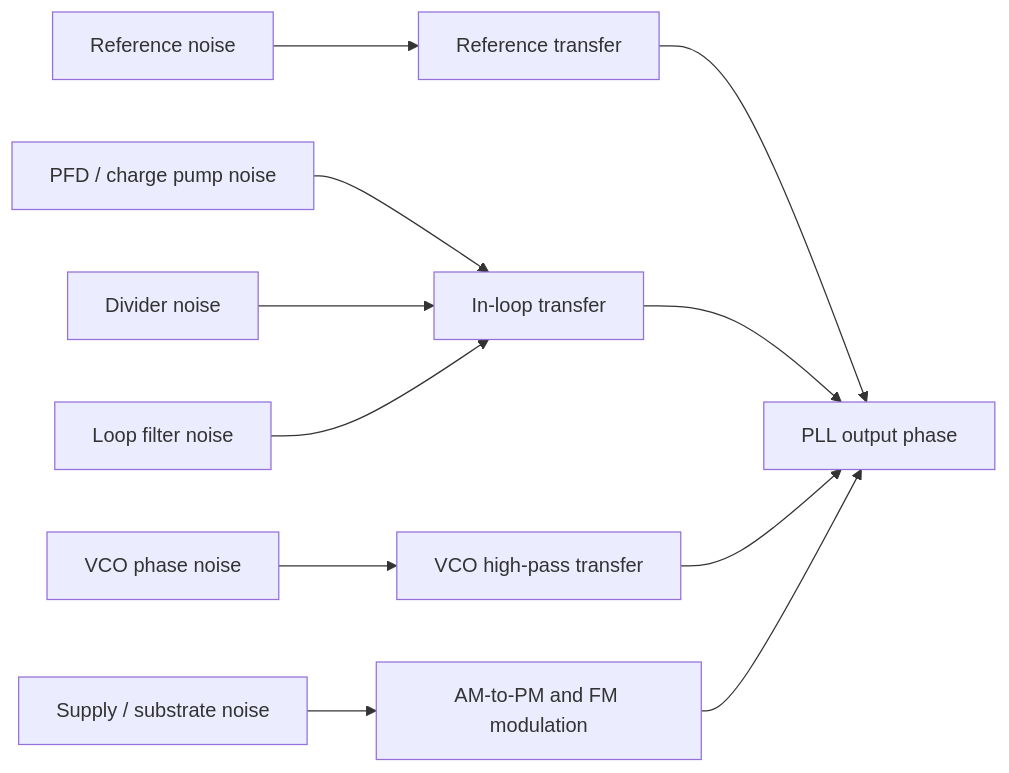
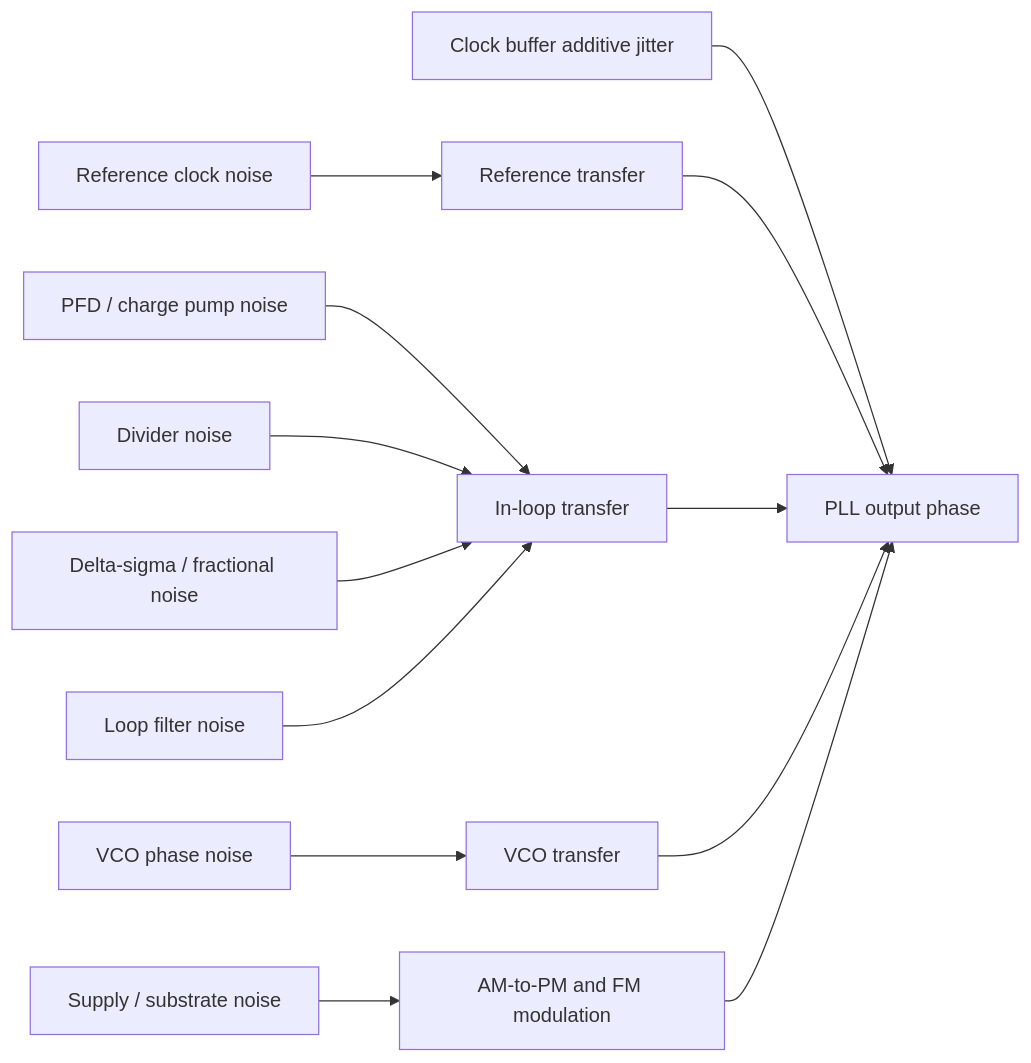
The first of 6 diagrams in 01_AnalogIC_SerDes/PLL_CDR_Clocking/pll_phase_noise_jitter.md (uopuwe/Second_Brain), drawn with Mermaid before and after one commit. The commit also changed other lines of this file and 32 other files, not shown here.

````diff
--- a/01_AnalogIC_SerDes/PLL_CDR_Clocking/pll_phase_noise_jitter.md
+++ b/01_AnalogIC_SerDes/PLL_CDR_Clocking/pll_phase_noise_jitter.md
@@ -111,13 +298,15 @@
 ```mermaid
 flowchart LR
-  REF[Reference noise] --> HREF[Reference transfer]
+  REF[Reference clock noise] --> HREF[Reference transfer]
   PFD[PFD / charge pump noise] --> HIN[In-loop transfer]
   DIV[Divider noise] --> HIN
+  DSM[Delta-sigma / fractional noise] --> HIN
   LF[Loop filter noise] --> HIN
-  VCO[VCO phase noise] --> HVCO[VCO high-pass transfer]
+  VCO[VCO phase noise] --> HVCO[VCO transfer]
+  BUF[Clock buffer additive jitter] --> OUT[PLL output phase]
   SUP[Supply / substrate noise] --> MOD[AM-to-PM and FM modulation]
-  HREF --> OUT[PLL output phase]
+  HREF --> OUT
   HIN --> OUT
   HVCO --> OUT
   MOD --> OUT
 ```
````
